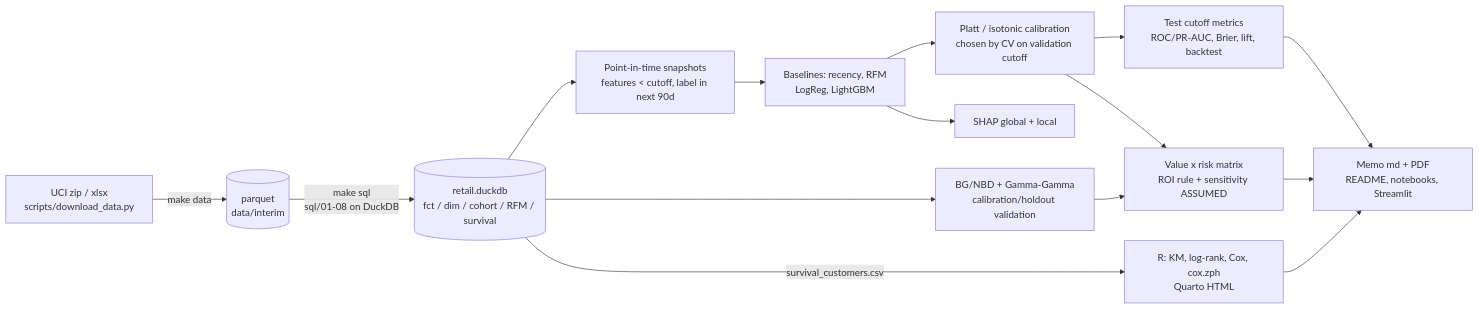
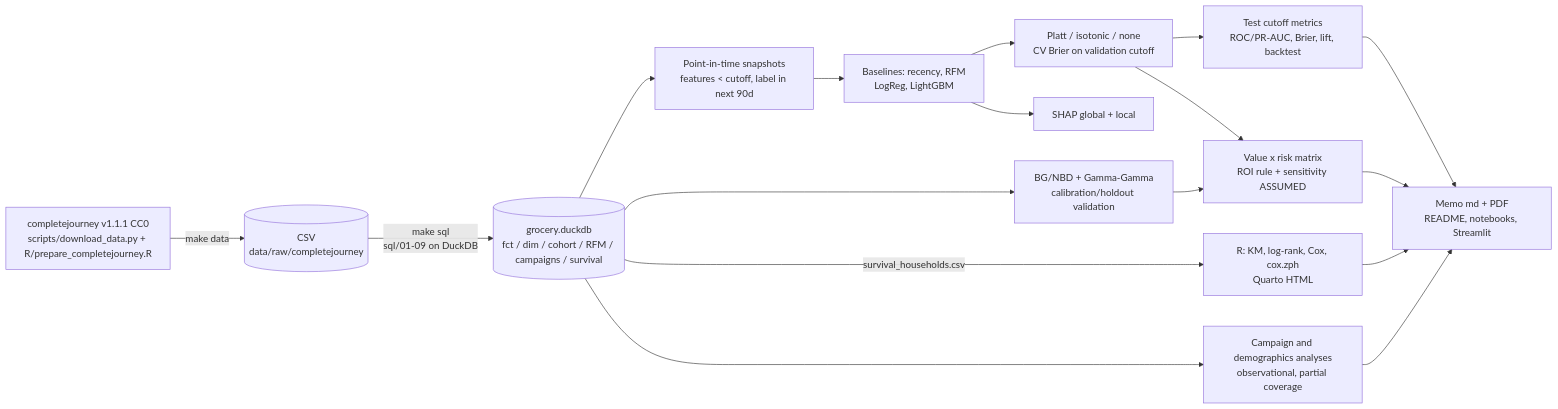
One commit to Abhi237/customer-churn-clv changed the first of 2 diagrams in docs/architecture.md. Above: the diagram before and after it, drawn with Mermaid. The commit also changed other lines of this file and 18 other files, not shown here.

Commit message:
Rewrite README and docs for the grocery data, regenerate memo and app screenshots, execute notebooks

````diff
--- a/docs/architecture.md
+++ b/docs/architecture.md
@@ -3,17 +3,19 @@
 ```mermaid
 flowchart LR
-    A[UCI zip / xlsx<br/>scripts/download_data.py] -->|make data| B[(parquet<br/>data/interim)]
-    B -->|make sql<br/>sql/01-08 on DuckDB| C[(retail.duckdb<br/>fct / dim / cohort / RFM / survival)]
+    A[completejourney v1.1.1 CC0<br/>scripts/download_data.py + R/prepare_completejourney.R] -->|make data| B[(CSV<br/>data/raw/completejourney)]
+    B -->|make sql<br/>sql/01-09 on DuckDB| C[(grocery.duckdb<br/>fct / dim / cohort / RFM / campaigns / survival)]
     C --> D[Point-in-time snapshots<br/>features < cutoff, label in next 90d]
     D --> E[Baselines: recency, RFM<br/>LogReg, LightGBM]
-    E --> F[Platt / isotonic calibration<br/>chosen by CV on validation cutoff]
+    E --> F[Platt / isotonic / none<br/>CV Brier on validation cutoff]
     F --> G[Test cutoff metrics<br/>ROC/PR-AUC, Brier, lift, backtest]
     E --> H[SHAP global + local]
     C --> I[BG/NBD + Gamma-Gamma<br/>calibration/holdout validation]
+    C --> M[Campaign and demographics analyses<br/>observational, partial coverage]
     F --> J[Value x risk matrix<br/>ROI rule + sensitivity ASSUMED]
     I --> J
-    C -->|survival_customers.csv| K[R: KM, log-rank, Cox, cox.zph<br/>Quarto HTML]
+    C -->|survival_households.csv| K[R: KM, log-rank, Cox, cox.zph<br/>Quarto HTML]
     G --> L[Memo md + PDF<br/>README, notebooks, Streamlit]
     J --> L
     K --> L
+    M --> L
 ```
````
